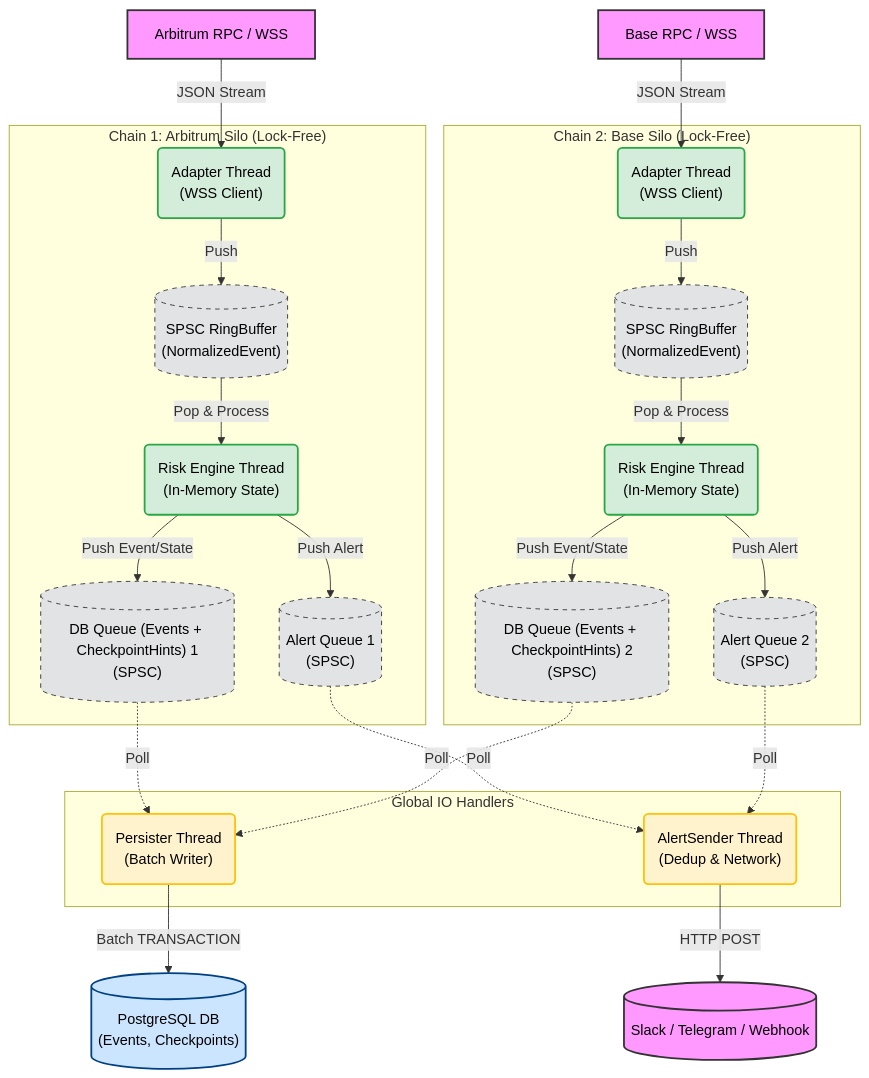
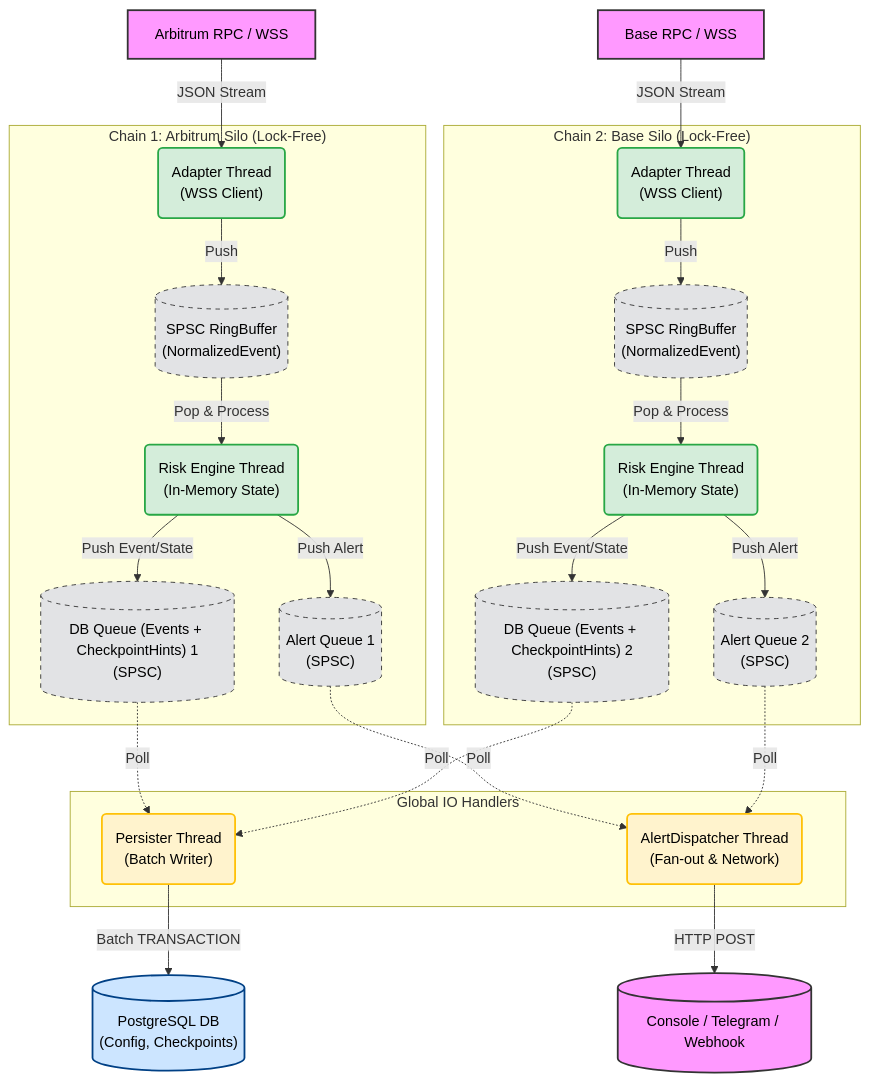
The diagram in README.md (xjlr/risk-sentinel), drawn with Mermaid before and after one commit. The commit also changed other lines of this file and 15 other files, not shown here.

First line of the commit message:
feat(alerts): add WebhookAlertChannel with HMAC-signed per-customer delivery

````diff
--- a/README.md
+++ b/README.md
@@ -20,76 +13,76 @@
 ```mermaid
 graph TD
     %% Style definition
     classDef external fill:#f9f,stroke:#333,stroke-width:2px,color:#000;
     classDef fastThread fill:#d4edda,stroke:#28a745,stroke-width:2px,color:#000;
     classDef slowThread fill:#fff3cd,stroke:#ffc107,stroke-width:2px,color:#000;
     classDef buffer fill:#e2e3e5,stroke:#333,stroke-dasharray: 5 5,color:#000;
     classDef db fill:#cce5ff,stroke:#004085,stroke-width:2px,color:#000;
 
-    %% Extrenal resources
+    %% External resources
     ArbRPC[Arbitrum RPC / WSS]:::external
     BaseRPC[Base RPC / WSS]:::external
 
     %% CHAIN 1 PIPELINE (ARBITRUM)
     subgraph "Chain 1: Arbitrum Silo (Lock-Free)"
         Adapter1("Adapter Thread<br/>(WSS Client)"):::fastThread
         Ring1[("SPSC RingBuffer<br/>(NormalizedEvent)")]:::buffer
         Engine1("Risk Engine Thread<br/>(In-Memory State)"):::fastThread
-        
+
         %% Output Queues
         Q_DB1[("DB Queue (Events + CheckpointHints) 1<br/>(SPSC)")]:::buffer
         Q_Alert1[("Alert Queue 1<br/>(SPSC)")]:::buffer
     end
 
     %% CHAIN 2 PIPELINE (BASE)
     subgraph "Chain 2: Base Silo (Lock-Free)"
         Adapter2("Adapter Thread<br/>(WSS Client)"):::fastThread
         Ring2[("SPSC RingBuffer<br/>(NormalizedEvent)")]:::buffer
         Engine2("Risk Engine Thread<br/>(In-Memory State)"):::fastThread
-        
+
         %% Output Queues
         Q_DB2[("DB Queue (Events + CheckpointHints) 2<br/>(SPSC)")]:::buffer
         Q_Alert2[("Alert Queue 2<br/>(SPSC)")]:::buffer
     end
 
     %% GLOBAL THREADS
     subgraph "Global IO Handlers"
         Persister("Persister Thread<br/>(Batch Writer)"):::slowThread
-        Alerter("AlertSender Thread<br/>(Dedup & Network)"):::slowThread
+        Alerter("AlertDispatcher Thread<br/>(Fan-out & Network)"):::slowThread
     end
 
     %% STORAGE & OUTPUTS
-    Postgres[("PostgreSQL DB<br/>(Events, Checkpoints)")]:::db
-    Clients[("Slack / Telegram / Webhook")]:::external
+    Postgres[("PostgreSQL DB<br/>(Config, Checkpoints)")]:::db
+    Clients[("Console / Telegram / Webhook")]:::external
 
-    %% KAPCSOLATOK (Flow)
-    
-    %% Input Flow
+    %% Flow
+
+    %% Input
     ArbRPC -->|JSON Stream| Adapter1
     BaseRPC -->|JSON Stream| Adapter2
-    
-    %% Internal Fast Path
+
+    %% Internal fast path
     Adapter1 -->|Push| Ring1
     Ring1 -->|Pop & Process| Engine1
-    
+
     Adapter2 -->|Push| Ring2
     Ring2 -->|Pop & Process| Engine2
 
-    %% Output to Queues
+    %% Output to queues
     Engine1 -->|Push Event/State| Q_DB1
     Engine1 -->|Push Alert| Q_Alert1
-    
+
     Engine2 -->|Push Event/State| Q_DB2
     Engine2 -->|Push Alert| Q_Alert2
 
-    %% Global Consumption
+    %% Global consumption
     Q_DB1 -.->|Poll| Persister
     Q_DB2 -.->|Poll| Persister
-    
+
     Q_Alert1 -.->|Poll| Alerter
     Q_Alert2 -.->|Poll| Alerter
 
     %% Final IO
     Persister -->|Batch TRANSACTION| Postgres
     Alerter -->|HTTP POST| Clients
 ```
````
